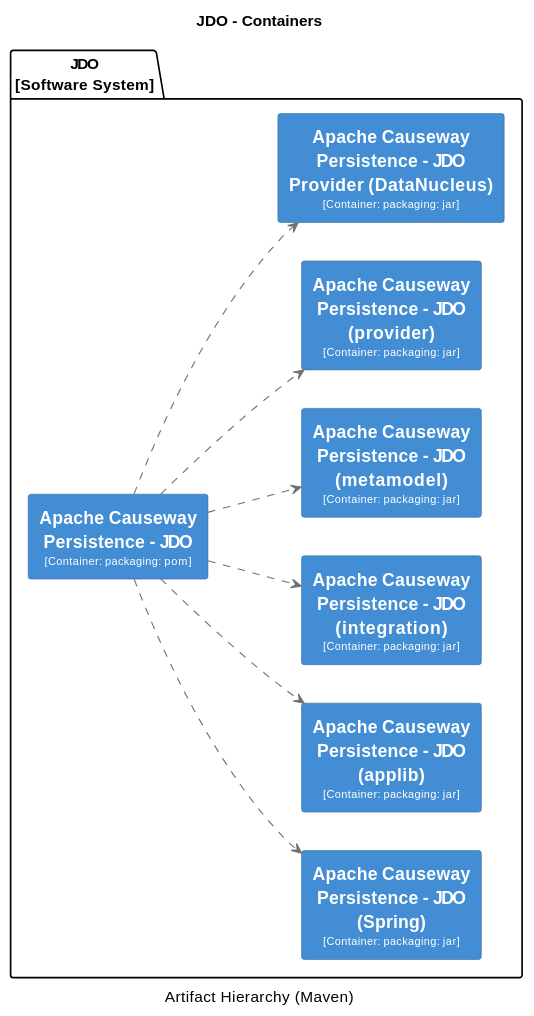
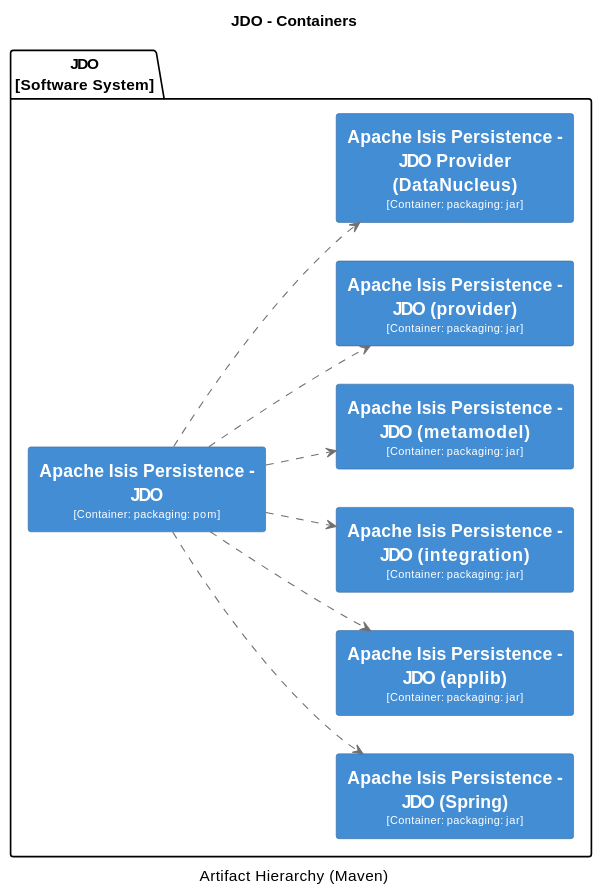
The ninth of 32 diagrams in core/adoc/modules/_overview/pages/about.adoc (Supermajestcd/XMP--toolkits), drawn with PlantUML before and after one commit. The commit also changed other lines of this file and 13599 other files, not shown here.

```diff
--- a/core/adoc/modules/_overview/pages/about.adoc
+++ b/core/adoc/modules/_overview/pages/about.adoc
@@ -1807,67 +1750,67 @@
 [plantuml,JDO,svg]
 ----
 @startuml(id=JDO)
 title JDO - Containers
 caption Artifact Hierarchy (Maven)
 
 skinparam {
   shadowing false
   arrowFontSize 10
   defaultTextAlignment center
   wrapWidth 200
   maxMessageSize 100
 }
 hide stereotype
 left to right direction
 skinparam rectangle<<2>> {
   BackgroundColor #438dd5
   FontColor #fffffe
   BorderColor #2E6295
 }
 skinparam rectangle<<3>> {
   BackgroundColor #438dd5
   FontColor #fffffe
   BorderColor #2E6295
 }
 skinparam rectangle<<4>> {
   BackgroundColor #438dd5
   FontColor #fffffe
   BorderColor #2E6295
 }
 skinparam rectangle<<5>> {
   BackgroundColor #438dd5
   FontColor #fffffe
   BorderColor #2E6295
 }
 skinparam rectangle<<6>> {
   BackgroundColor #438dd5
   FontColor #fffffe
   BorderColor #2E6295
 }
 skinparam rectangle<<7>> {
   BackgroundColor #438dd5
   FontColor #fffffe
   BorderColor #2E6295
 }
 skinparam rectangle<<8>> {
   BackgroundColor #438dd5
   FontColor #fffffe
   BorderColor #2E6295
 }
 package "JDO\n[Software System]" {
-  rectangle "==Apache Causeway Persistence - JDO\n<size:10>[Container: packaging: pom]</size>" <<2>> as 2
-  rectangle "==Apache Causeway Persistence - JDO (Spring)\n<size:10>[Container: packaging: jar]</size>" <<8>> as 8
-  rectangle "==Apache Causeway Persistence - JDO (applib)\n<size:10>[Container: packaging: jar]</size>" <<3>> as 3
-  rectangle "==Apache Causeway Persistence - JDO (integration)\n<size:10>[Container: packaging: jar]</size>" <<5>> as 5
-  rectangle "==Apache Causeway Persistence - JDO (metamodel)\n<size:10>[Container: packaging: jar]</size>" <<6>> as 6
-  rectangle "==Apache Causeway Persistence - JDO (provider)\n<size:10>[Container: packaging: jar]</size>" <<7>> as 7
-  rectangle "==Apache Causeway Persistence - JDO Provider (DataNucleus)\n<size:10>[Container: packaging: jar]</size>" <<4>> as 4
+  rectangle "==Apache Isis Persistence - JDO\n<size:10>[Container: packaging: pom]</size>" <<2>> as 2
+  rectangle "==Apache Isis Persistence - JDO (Spring)\n<size:10>[Container: packaging: jar]</size>" <<8>> as 8
+  rectangle "==Apache Isis Persistence - JDO (applib)\n<size:10>[Container: packaging: jar]</size>" <<3>> as 3
+  rectangle "==Apache Isis Persistence - JDO (integration)\n<size:10>[Container: packaging: jar]</size>" <<5>> as 5
+  rectangle "==Apache Isis Persistence - JDO (metamodel)\n<size:10>[Container: packaging: jar]</size>" <<6>> as 6
+  rectangle "==Apache Isis Persistence - JDO (provider)\n<size:10>[Container: packaging: jar]</size>" <<7>> as 7
+  rectangle "==Apache Isis Persistence - JDO Provider (DataNucleus)\n<size:10>[Container: packaging: jar]</size>" <<4>> as 4
 }
 2 .[#707070].> 8 : ""
 2 .[#707070].> 3 : ""
 2 .[#707070].> 5 : ""
 2 .[#707070].> 6 : ""
 2 .[#707070].> 7 : ""
 2 .[#707070].> 4 : ""
 @enduml
 ----
```
